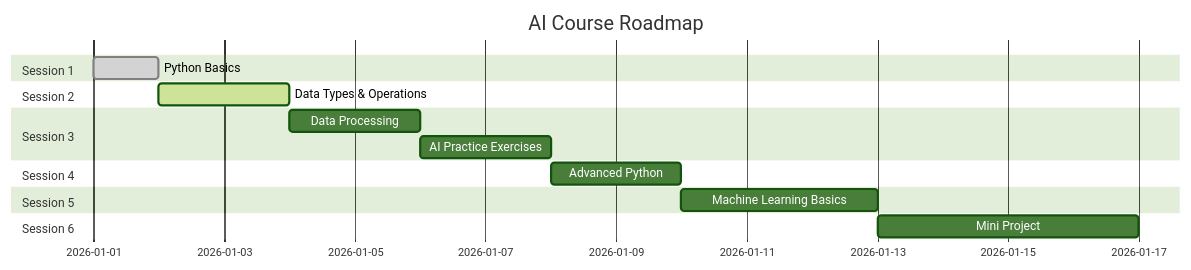
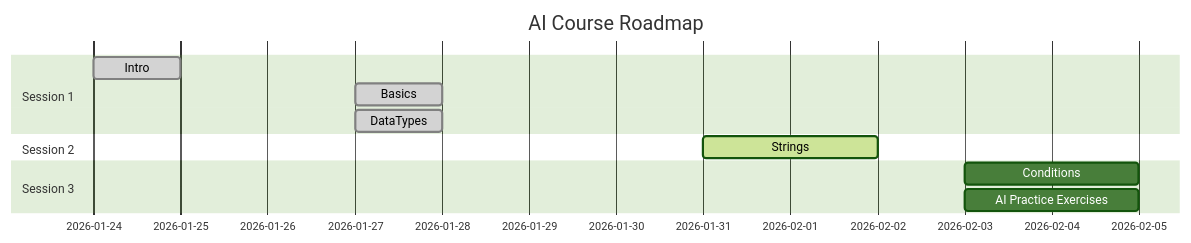
Before and after one commit to AhmedSaad332/AI-Course: the diagram in README.md, drawn with Mermaid (forest theme).

`````diff
--- a/README.md
+++ b/README.md
@@ -13,18 +13,17 @@
 ```mermaid
 gantt
     title AI Course Roadmap
     dateFormat  YYYY-MM-DD
+
     section Session 1
-    Python Basics            :done, 2026-01-01, 1d
+    Intro                    :done, 2026-01-24, 1d
+    Basics                   :done, 2026-01-27, 1d
+    DataTypes                :done, 2026-01-27, 1d
+
     section Session 2
-    Data Types & Operations  :active, 2026-01-02, 2d
+    Strings                  :active, 2026-01-31, 2d
+
     section Session 3
-    Data Processing          : 2026-01-04, 2d
-    AI Practice Exercises    : 2026-01-06, 2d
-    section Session 4
-    Advanced Python          : 2026-01-08, 2d
-    section Session 5
-    Machine Learning Basics  : 2026-01-10, 3d
-    section Session 6
-    Mini Project             : 2026-01-13, 4d
+    Conditions               : 2026-02-03, 2d
+    AI Practice Exercises    : 2026-02-03, 2d
 ````
`````
